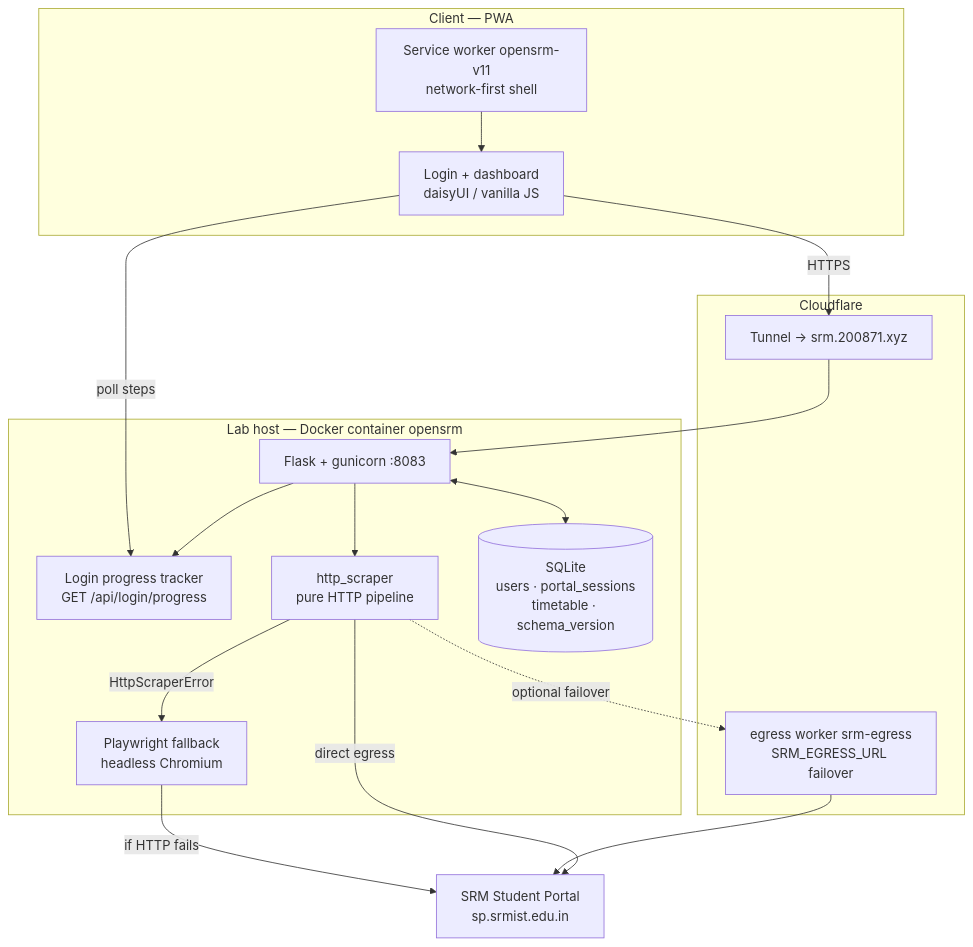
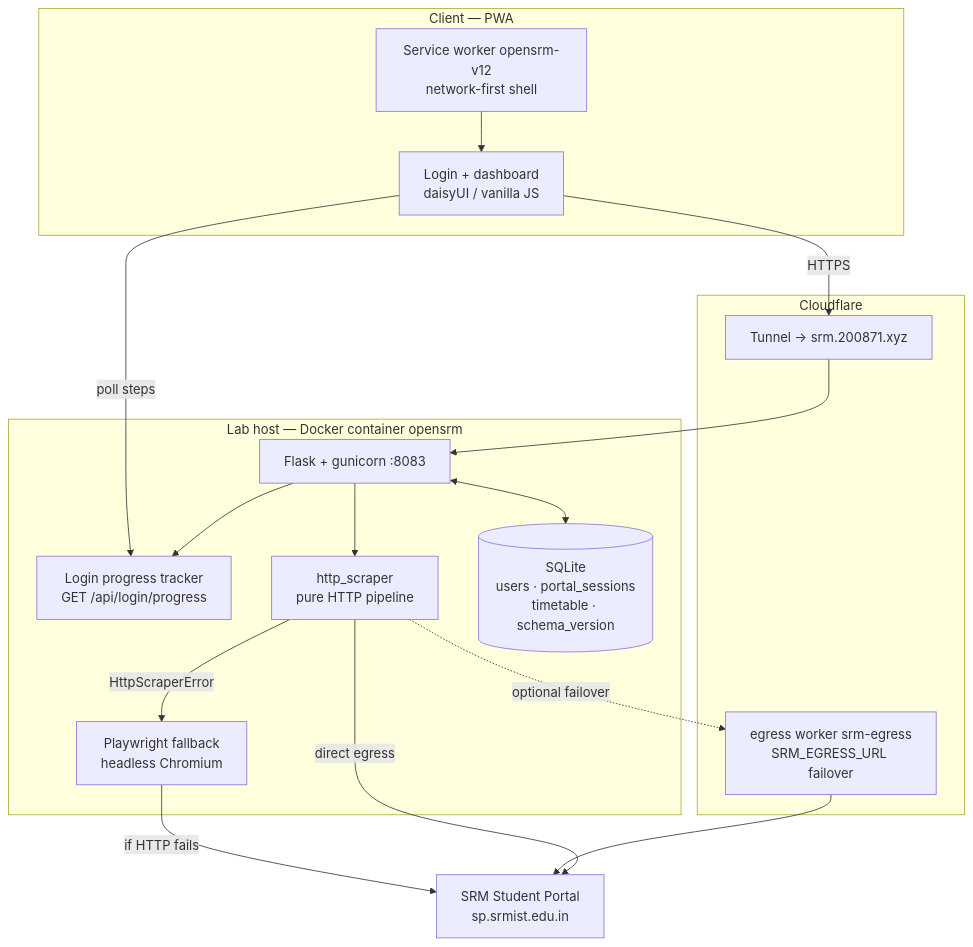
One commit to thenabbu/OpenSRM changed the first of 3 diagrams in README.md. Above: the diagram before and after it, drawn with Mermaid. The commit also changed 9 other files, not shown here.

````diff
--- a/README.md
+++ b/README.md
@@ -63,35 +63,35 @@
 ```mermaid
 flowchart TD
     subgraph client["Client — PWA"]
         UI["Login + dashboard<br/>daisyUI / vanilla JS"]
-        SW["Service worker opensrm-v11<br/>network-first shell"]
+        SW["Service worker opensrm-v12<br/>network-first shell"]
     end
 
     subgraph lab["Lab host — Docker container opensrm"]
         FL["Flask + gunicorn :8083"]
         PROG["Login progress tracker<br/>GET /api/login/progress"]
         HS["http_scraper<br/>pure HTTP pipeline"]
         PW["Playwright fallback<br/>headless Chromium"]
         DB[("SQLite<br/>users · portal_sessions<br/>timetable · schema_version")]
         FL --> PROG
         FL --> HS
         HS -->|"HttpScraperError"| PW
         FL <--> DB
     end
 
     subgraph cf["Cloudflare"]
         TUN["Tunnel → srm.200871.xyz"]
         EG["egress worker srm-egress<br/>SRM_EGRESS_URL failover"]
     end
 
     P["SRM Student Portal<br/>sp.srmist.edu.in"]
 
     UI -->|HTTPS| TUN
     TUN --> FL
     SW --> UI
     UI -->|poll steps| PROG
     HS -->|"direct egress"| P
     HS -.->|"optional failover"| EG
     EG --> P
     PW -->|"if HTTP fails"| P
 ```
````
